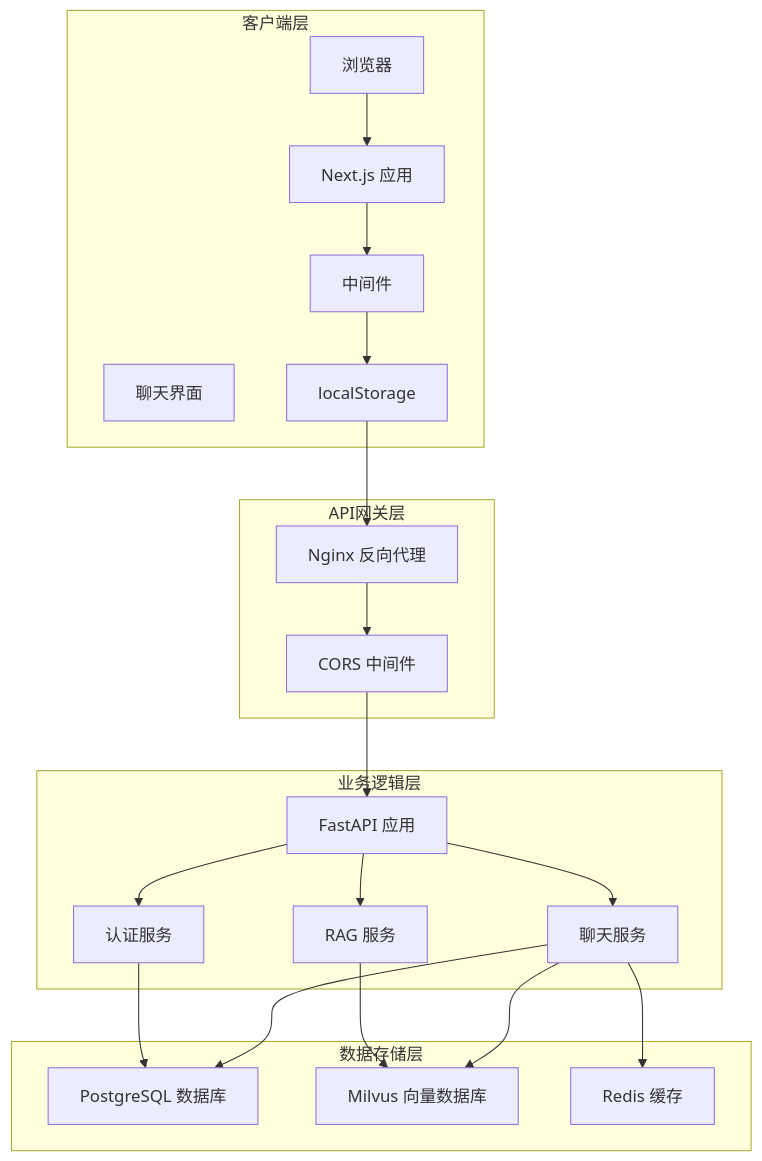
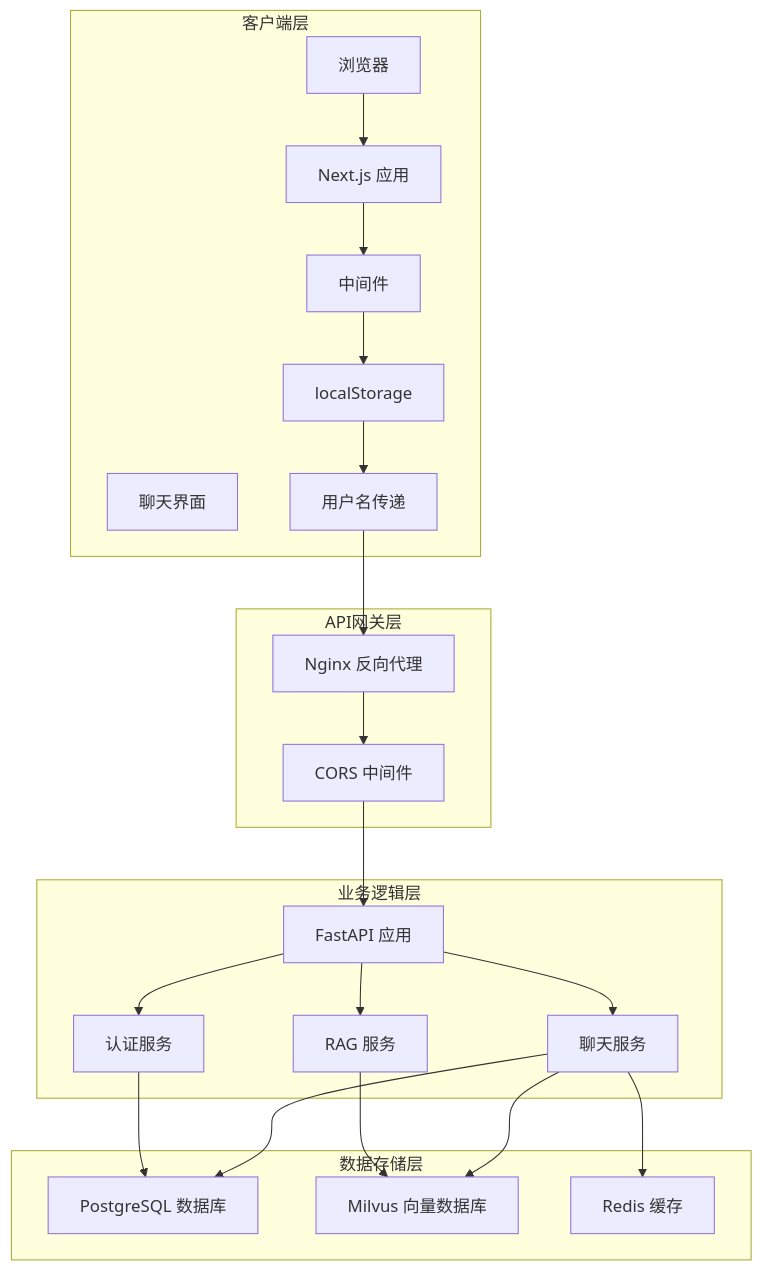
Before and after one commit to ghbbn053-ship-itsoulddog/soulddog: the fourth of 14 diagrams in .qoder/repowiki/zh/content/前端应用文档/AI聊天界面与对话交互.md, drawn with Mermaid. The commit also changed other lines of this file and 11 other files, not shown here.

````diff
--- a/.qoder/repowiki/zh/content/前端应用文档/AI聊天界面与对话交互.md
+++ b/.qoder/repowiki/zh/content/前端应用文档/AI聊天界面与对话交互.md
@@ -236,39 +210,41 @@
 ```mermaid
 graph TB
 subgraph "客户端层"
 A[浏览器]
 B[Next.js 应用]
 C[聊天界面]
 D[中间件]
 E[localStorage]
+F[用户名传递]
 end
 subgraph "API网关层"
-F[Nginx 反向代理]
-G[CORS 中间件]
+G[Nginx 反向代理]
+H[CORS 中间件]
 end
 subgraph "业务逻辑层"
-H[FastAPI 应用]
-I[聊天服务]
-J[认证服务]
-K[RAG 服务]
+I[FastAPI 应用]
+J[聊天服务]
+K[认证服务]
+L[RAG 服务]
 end
 subgraph "数据存储层"
-L[PostgreSQL 数据库]
-M[Milvus 向量数据库]
-N[Redis 缓存]
+M[PostgreSQL 数据库]
+N[Milvus 向量数据库]
+O[Redis 缓存]
 end
 A --> B
 B --> D
 D --> E
 E --> F
 F --> G
 G --> H
 H --> I
-H --> J
-H --> K
+I --> J
+I --> K
 I --> L
-I --> M
-I --> N
-J --> L
+J --> M
+J --> N
+J --> O
 K --> M
+L --> N
 ```
````
